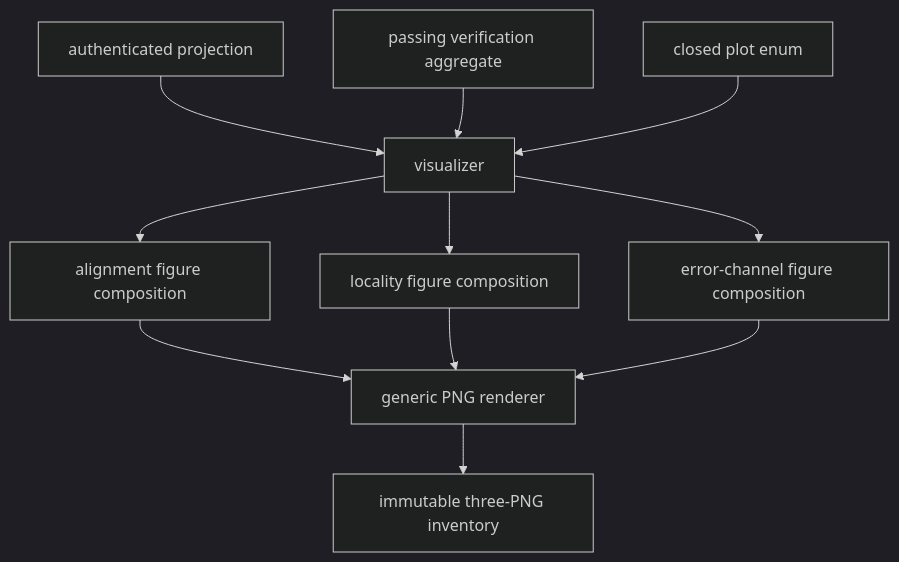
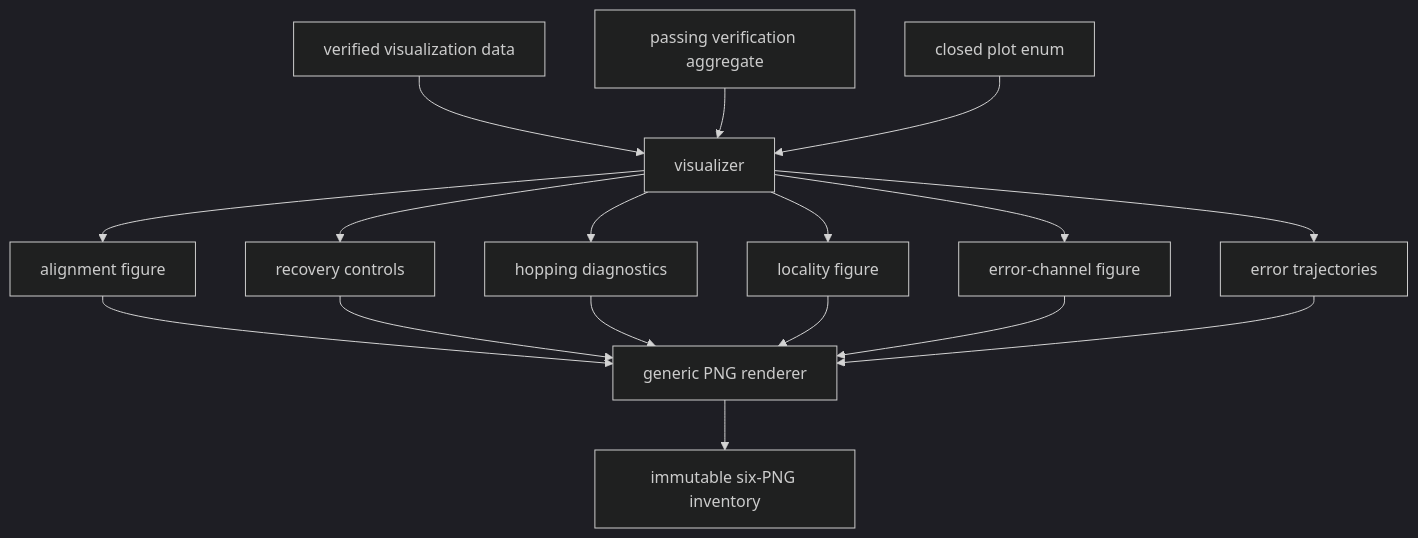
One commit to eragasa/ksdft2effmass changed the diagram in docs/architecture/v3/ksdft2effmass/periodic1d/rank2/band_alignment/composite/visualizations/Periodic1DCompositeBandAlignmentVisualizer/schematics.md. Above: the diagram before and after it, drawn with Mermaid (dark theme). The commit also changed 157 other files, not shown here.

Commit message:
refactor(periodic1d): retain typed locality and figure evidence

````diff
--- a/docs/architecture/v3/ksdft2effmass/periodic1d/rank2/band_alignment/composite/visualizations/Periodic1DCompositeBandAlignmentVisualizer/schematics.md
+++ b/docs/architecture/v3/ksdft2effmass/periodic1d/rank2/band_alignment/composite/visualizations/Periodic1DCompositeBandAlignmentVisualizer/schematics.md
@@ -3,13 +3,19 @@
 ```mermaid
 flowchart TD
-    P[authenticated projection] --> V[visualizer]
+    P[verified visualization data] --> V[visualizer]
     Q[passing verification aggregate] --> V
     E[closed plot enum] --> V
-    V --> A[alignment figure composition]
-    V --> L[locality figure composition]
-    V --> C[error-channel figure composition]
+    V --> A[alignment figure]
+    V --> X[recovery controls]
+    V --> H[hopping diagnostics]
+    V --> L[locality figure]
+    V --> C[error-channel figure]
+    V --> T[error trajectories]
     A --> R[generic PNG renderer]
+    X --> R
+    H --> R
     L --> R
     C --> R
-    R --> I[immutable three-PNG inventory]
+    T --> R
+    R --> I[immutable six-PNG inventory]
 ```
````
